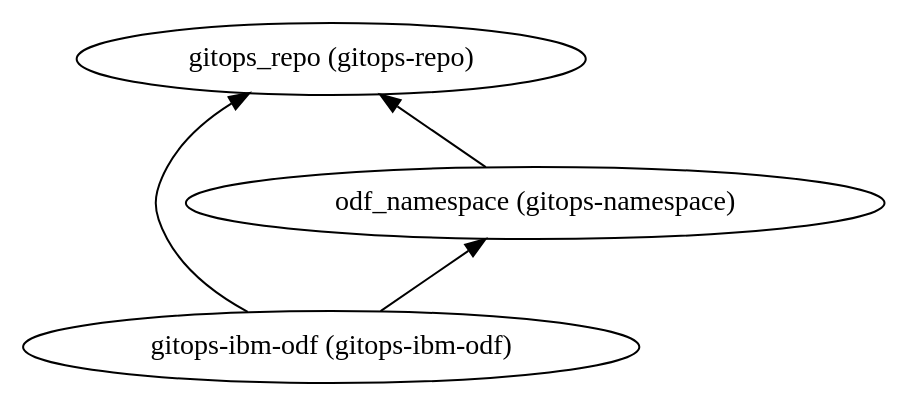
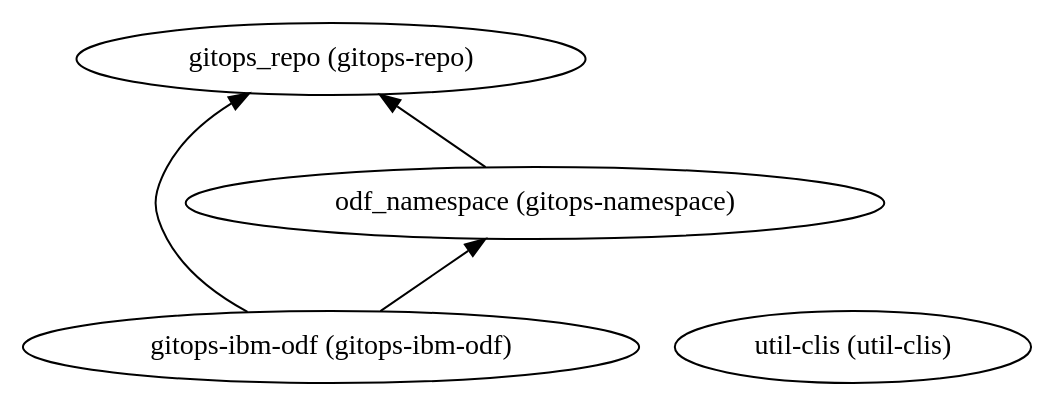
One commit to IBM/automation-data-fabric changed the diagram in 210-ibm-odf-storage/dependencies.dot. Above: the diagram before and after it, drawn with Graphviz. The commit also changed 64 other files, not shown here.

```diff
--- a/210-ibm-odf-storage/dependencies.dot
+++ b/210-ibm-odf-storage/dependencies.dot
@@ -1,9 +1,10 @@
 digraph {
     rankdir="BT"
     "gitops-ibm-odf (gitops-ibm-odf)" -> "gitops_repo (gitops-repo)"
 "gitops-ibm-odf (gitops-ibm-odf)" -> "odf_namespace (gitops-namespace)"
 "gitops-ibm-odf (gitops-ibm-odf)"
 "gitops_repo (gitops-repo)"
 "odf_namespace (gitops-namespace)" -> "gitops_repo (gitops-repo)"
 "odf_namespace (gitops-namespace)"
+"util-clis (util-clis)"
   }
```
